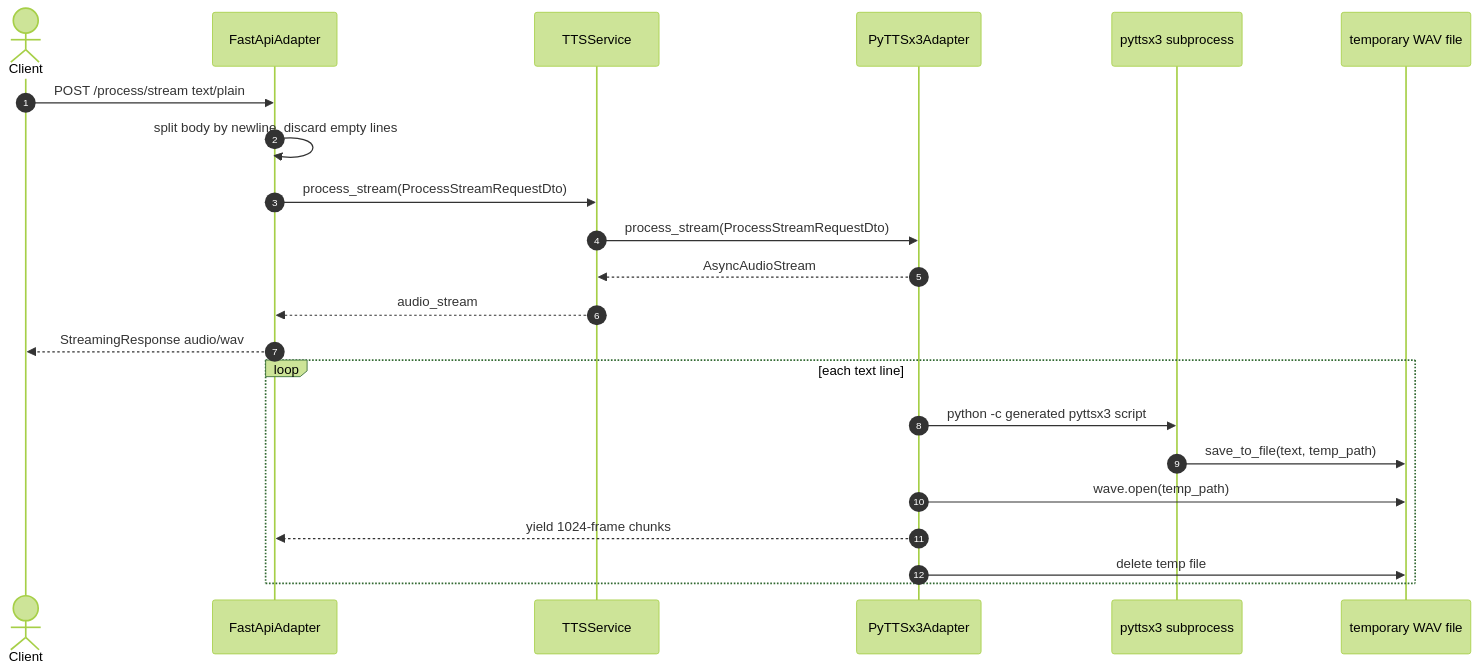
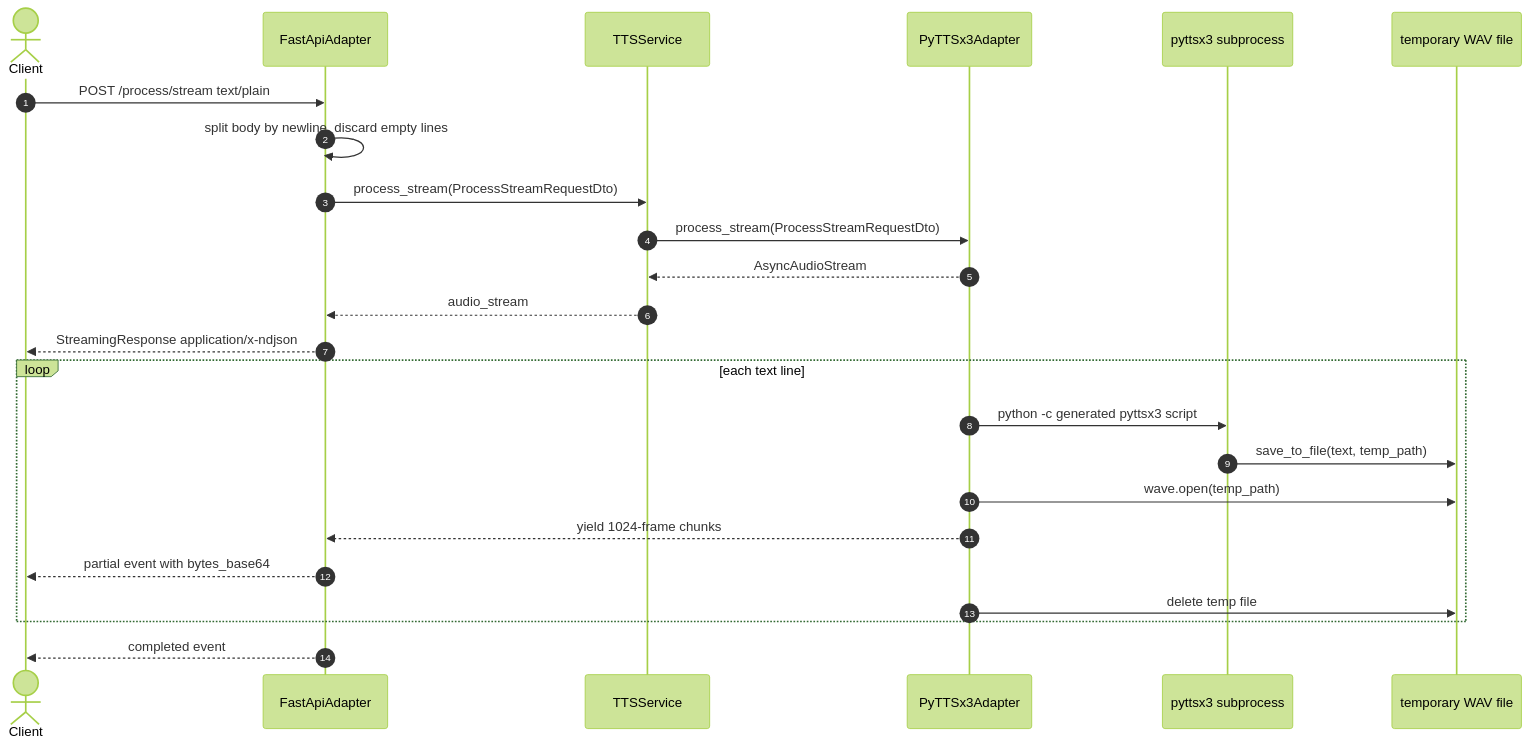
Before and after one commit to DanielCalvo-Calvicia/brain_microservice: the third of 3 diagrams in docs/README_TTS.md, drawn with Mermaid (forest theme). The commit also changed other lines of this file and 167 other files, not shown here.

````diff
--- a/docs/README_TTS.md
+++ b/docs/README_TTS.md
@@ -208,26 +224,28 @@
 ```mermaid
 sequenceDiagram
     autonumber
     actor Client
     participant HTTP as FastApiAdapter
     participant Service as TTSService
     participant TTS as PyTTSx3Adapter
     participant Proc as pyttsx3 subprocess
     participant WAV as temporary WAV file
 
     Client->>HTTP: POST /process/stream text/plain
     HTTP->>HTTP: split body by newline, discard empty lines
     HTTP->>Service: process_stream(ProcessStreamRequestDto)
     Service->>TTS: process_stream(ProcessStreamRequestDto)
     TTS-->>Service: AsyncAudioStream
     Service-->>HTTP: audio_stream
-    HTTP-->>Client: StreamingResponse audio/wav
+    HTTP-->>Client: StreamingResponse application/x-ndjson
 
     loop each text line
         TTS->>Proc: python -c generated pyttsx3 script
         Proc->>WAV: save_to_file(text, temp_path)
         TTS->>WAV: wave.open(temp_path)
         TTS-->>HTTP: yield 1024-frame chunks
+        HTTP-->>Client: partial event with bytes_base64
         TTS->>WAV: delete temp file
     end
+    HTTP-->>Client: completed event
 ```
````
